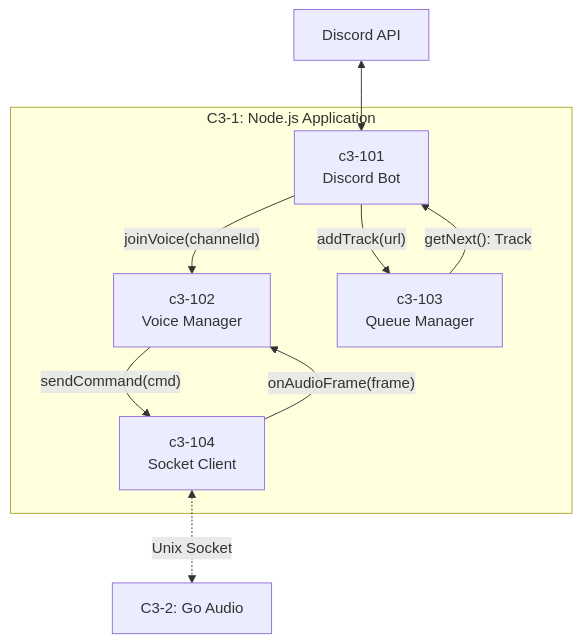
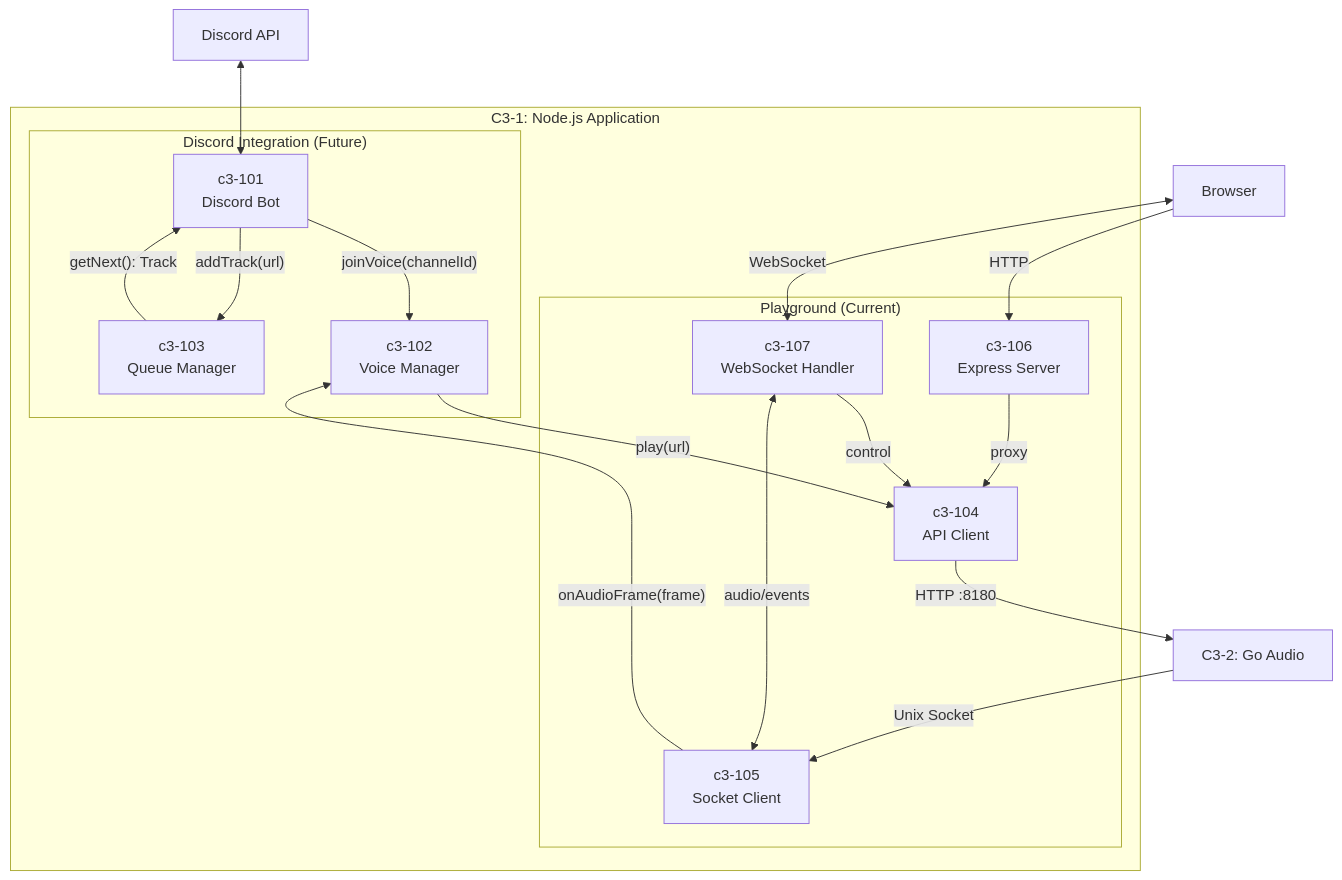
The diagram in .c3/c3-1-nodejs/COMPONENTS.md (thewind121212/natashi), drawn with Mermaid before and after one commit. The commit also changed other lines of this file and 7 other files, not shown here.

````diff
--- a/.c3/c3-1-nodejs/COMPONENTS.md
+++ b/.c3/c3-1-nodejs/COMPONENTS.md
@@ -22,20 +27,37 @@
 ```mermaid
 flowchart TB
     subgraph C3_1["C3-1: Node.js Application"]
-        C101[c3-101<br/>Discord Bot]
-        C102[c3-102<br/>Voice Manager]
-        C103[c3-103<br/>Queue Manager]
-        C104[c3-104<br/>Socket Client]
+        subgraph Discord["Discord Integration (Future)"]
+            C101[c3-101<br/>Discord Bot]
+            C102[c3-102<br/>Voice Manager]
+            C103[c3-103<br/>Queue Manager]
+        end
+
+        subgraph Playground["Playground (Current)"]
+            C104[c3-104<br/>API Client]
+            C105[c3-105<br/>Socket Client]
+            C106[c3-106<br/>Express Server]
+            C107[c3-107<br/>WebSocket Handler]
+        end
     end
 
     DISCORD[Discord API]
+    BROWSER[Browser]
     GO[C3-2: Go Audio]
 
     DISCORD <--> C101
     C101 -->|"joinVoice(channelId)"| C102
     C101 -->|"addTrack(url)"| C103
     C103 -->|"getNext(): Track"| C101
-    C102 -->|"sendCommand(cmd)"| C104
-    C104 -->|"onAudioFrame(frame)"| C102
-    C104 <-.->|Unix Socket| GO
+    C102 -->|"play(url)"| C104
+    C105 -->|"onAudioFrame(frame)"| C102
+
+    BROWSER -->|HTTP| C106
+    BROWSER <-->|WebSocket| C107
+    C106 -->|proxy| C104
+    C107 -->|control| C104
+    C107 <-->|audio/events| C105
+
+    C104 -->|HTTP :8180| GO
+    GO -->|Unix Socket| C105
 ```
````
